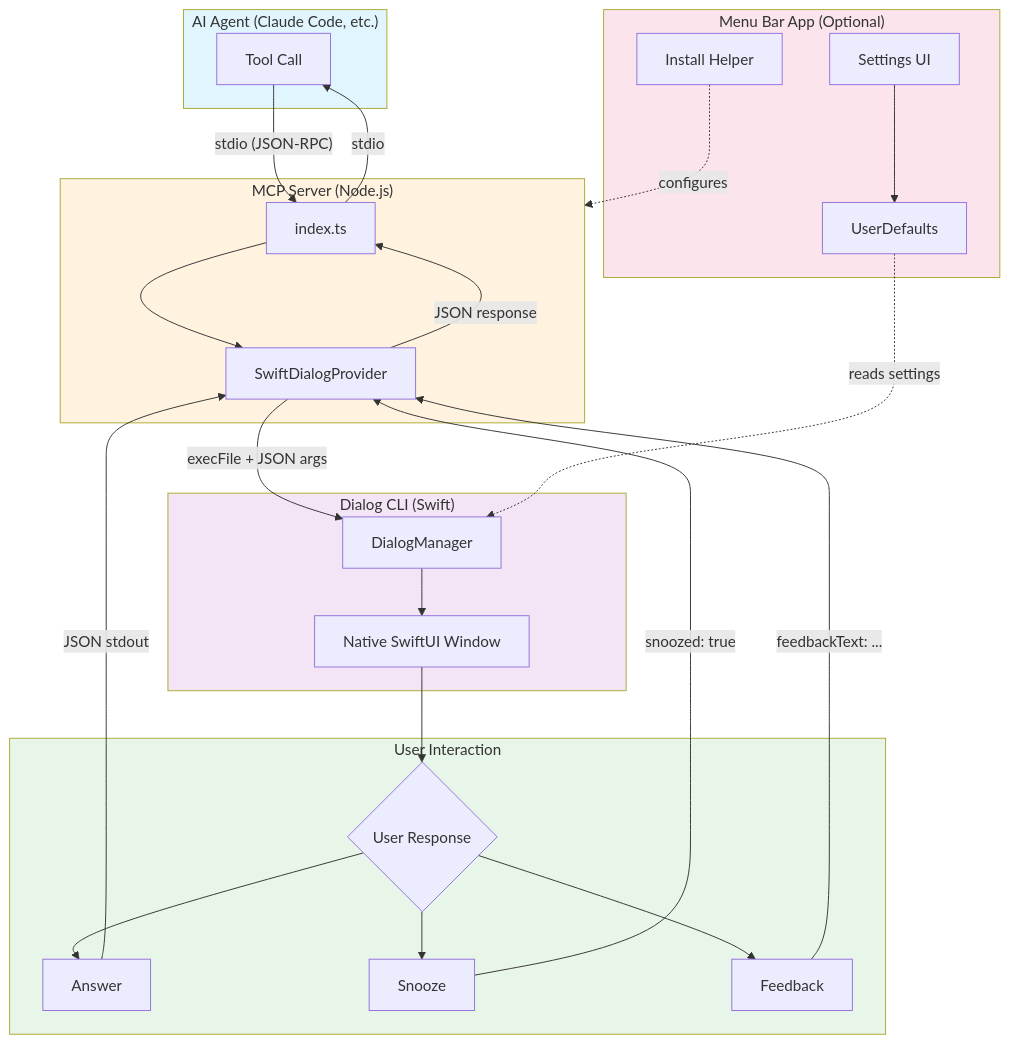
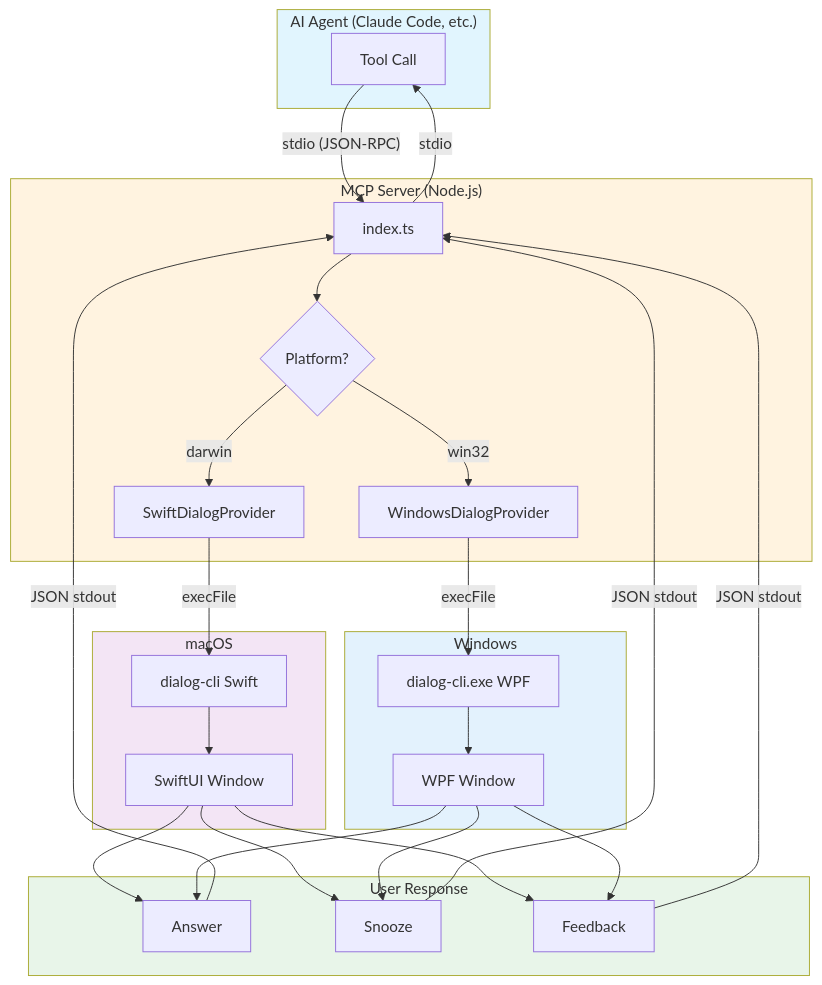
The diagram in README.md (doublej/consult-user-mcp), drawn with Mermaid before and after one commit. The commit also changed other lines of this file and 2 other files, not shown here.

Commit message:
docs: update README for Windows support and uninstall, add tweak examples to base prompt

````diff
--- a/README.md
+++ b/README.md
@@ -128,53 +153,48 @@
 ```mermaid
 flowchart TB
     subgraph Agent["AI Agent (Claude Code, etc.)"]
         A[Tool Call]
     end
 
     subgraph MCP["MCP Server (Node.js)"]
         B[index.ts]
-        C[SwiftDialogProvider]
+        C{Platform?}
+        D[SwiftDialogProvider]
+        E[WindowsDialogProvider]
     end
 
-    subgraph CLI["Dialog CLI (Swift)"]
-        D[DialogManager]
-        E[Native SwiftUI Window]
+    subgraph macOS["macOS"]
+        F[dialog-cli Swift]
+        G[SwiftUI Window]
     end
 
-    subgraph User["User Interaction"]
-        F{User Response}
-        G[Answer]
-        H[Snooze]
-        I[Feedback]
+    subgraph Windows["Windows"]
+        H[dialog-cli.exe WPF]
+        I[WPF Window]
     end
 
-    subgraph App["Menu Bar App (Optional)"]
-        J[Settings UI]
-        K[UserDefaults]
-        L[Install Helper]
+    subgraph User["User Response"]
+        J[Answer]
+        K[Snooze]
+        L[Feedback]
     end
 
     A -->|"stdio (JSON-RPC)"| B
     B --> C
-    C -->|"execFile + JSON args"| D
-    D --> E
-    E --> F
+    C -->|"darwin"| D
+    C -->|"win32"| E
+    D -->|"execFile"| F
+    E -->|"execFile"| H
     F --> G
-    F --> H
-    F --> I
-    G -->|"JSON stdout"| C
-    H -->|"snoozed: true"| C
-    I -->|"feedbackText: ..."| C
-    C -->|"JSON response"| B
+    H --> I
+    G --> J & K & L
+    I --> J & K & L
+    J & K & L -->|"JSON stdout"| B
     B -->|"stdio"| A
-
-    J --> K
-    K -.->|"reads settings"| D
-    L -.->|"configures"| MCP
 
     style Agent fill:#e1f5fe
     style MCP fill:#fff3e0
-    style CLI fill:#f3e5f5
+    style macOS fill:#f3e5f5
+    style Windows fill:#e3f2fd
     style User fill:#e8f5e9
-    style App fill:#fce4ec
 ```
````
